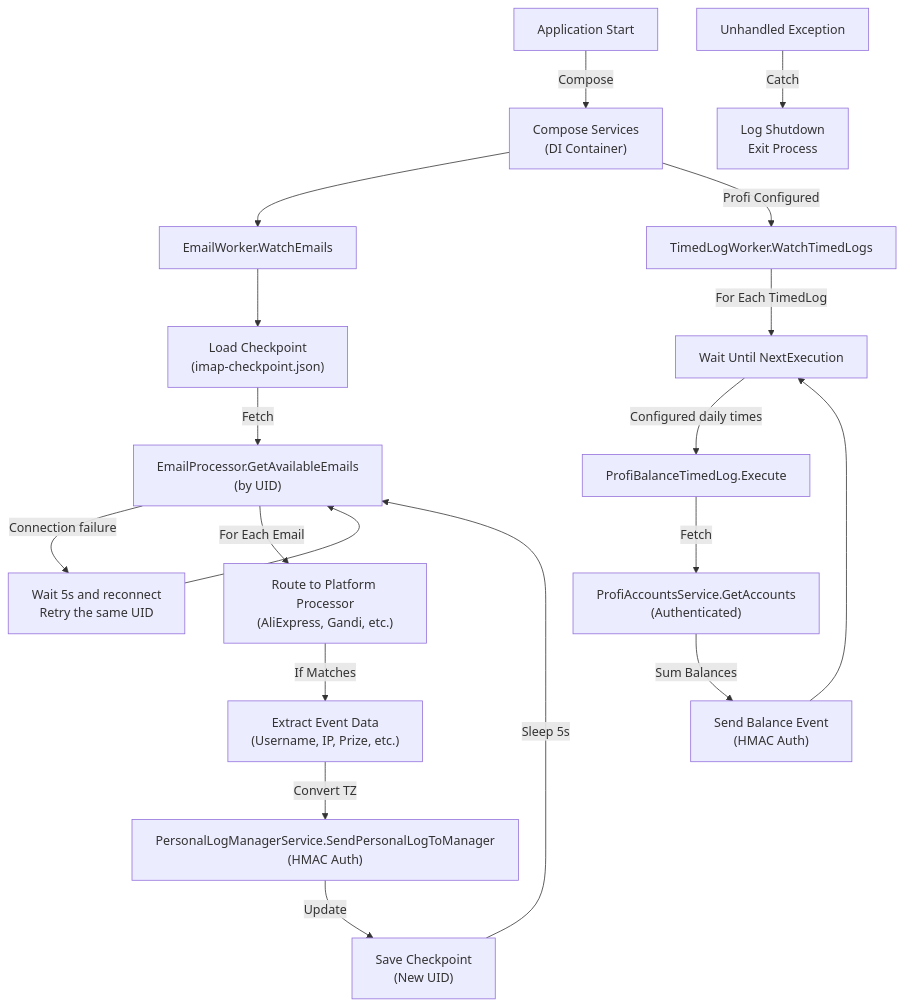
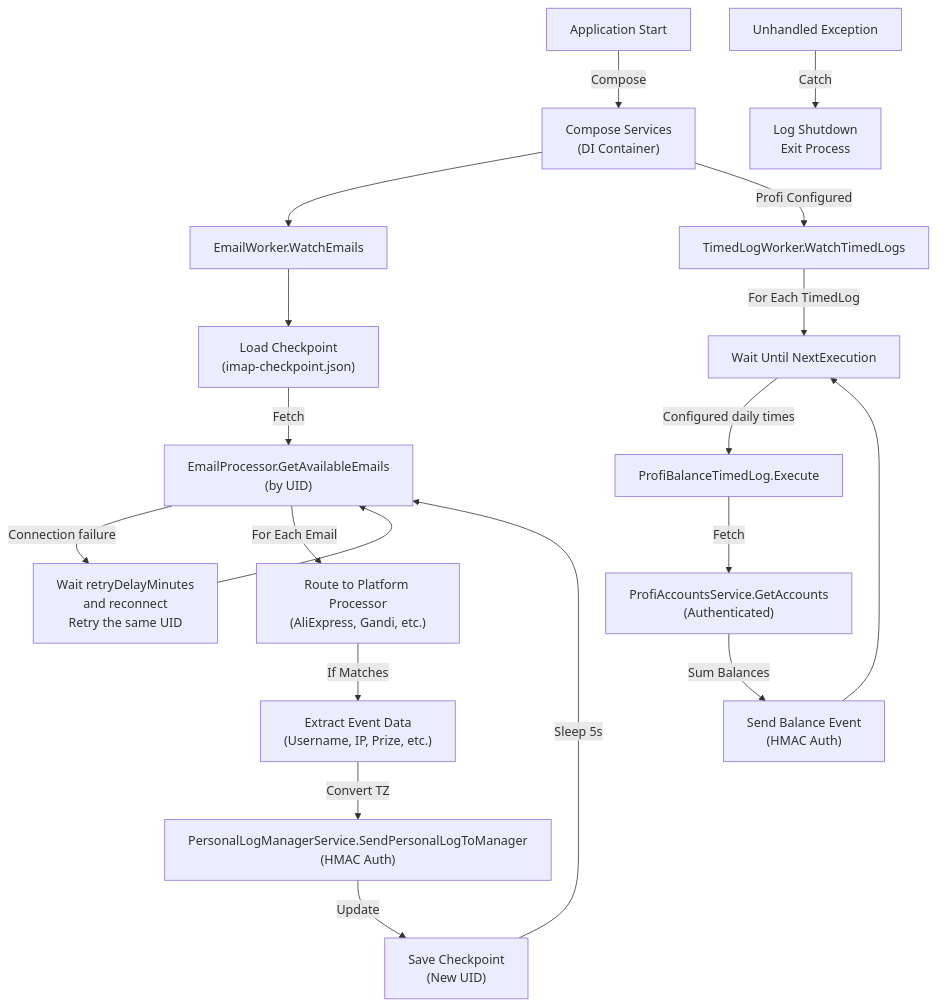
One commit to hmlendea/personal-data-logger changed the third of 5 diagrams in ARCHITECTURE.md. Above: the diagram before and after it, drawn with Mermaid. The commit also changed other lines of this file and 8 other files, not shown here.

````diff
--- a/ARCHITECTURE.md
+++ b/ARCHITECTURE.md
@@ -82,23 +82,23 @@
 ```mermaid
 graph TD
     Start["Application Start"] -->|Compose| Compose["Compose Services<br/>(DI Container)"]
     Compose --> Email["EmailWorker.WatchEmails"]
     Compose -->|Profi Configured| Timed["TimedLogWorker.WatchTimedLogs"]
     Email --> CheckCP["Load Checkpoint<br/>(imap-checkpoint.json)"]
     CheckCP -->|Fetch| IMAPFetch["EmailProcessor.GetAvailableEmails<br/>(by UID)"]
-    IMAPFetch -->|Connection failure| Reconnect["Wait 5s and reconnect<br/>Retry the same UID"]
+    IMAPFetch -->|Connection failure| Reconnect["Wait retryDelayMinutes<br/>and reconnect<br/>Retry the same UID"]
     Reconnect --> IMAPFetch
     IMAPFetch -->|For Each Email| Extract["Route to Platform Processor<br/>(AliExpress, Gandi, etc.)"]
     Extract -->|If Matches| ParseEvent["Extract Event Data<br/>(Username, IP, Prize, etc.)"]
     ParseEvent -->|Convert TZ| SendAPI["PersonalLogManagerService.SendPersonalLogToManager<br/>(HMAC Auth)"]
     SendAPI -->|Update| SaveCP["Save Checkpoint<br/>(New UID)"]
     SaveCP -->|Sleep 5s| IMAPFetch
 
     Timed -->|For Each TimedLog| Wait["Wait Until NextExecution"]
     Wait -->|Configured daily times| ProfiLog["ProfiBalanceTimedLog.Execute"]
     ProfiLog -->|Fetch| ProfiAPI["ProfiAccountsService.GetAccounts<br/>(Authenticated)"]
     ProfiAPI -->|Sum Balances| SendBalance["Send Balance Event<br/>(HMAC Auth)"]
     SendBalance --> Wait
 
     Err["Unhandled Exception"] -->|Catch| Shutdown["Log Shutdown<br/>Exit Process"]
 ```
````
